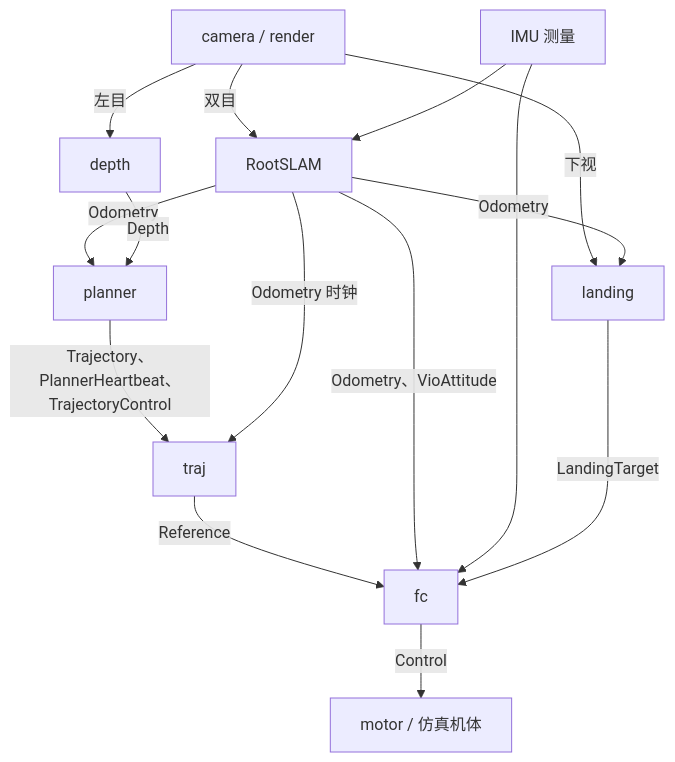
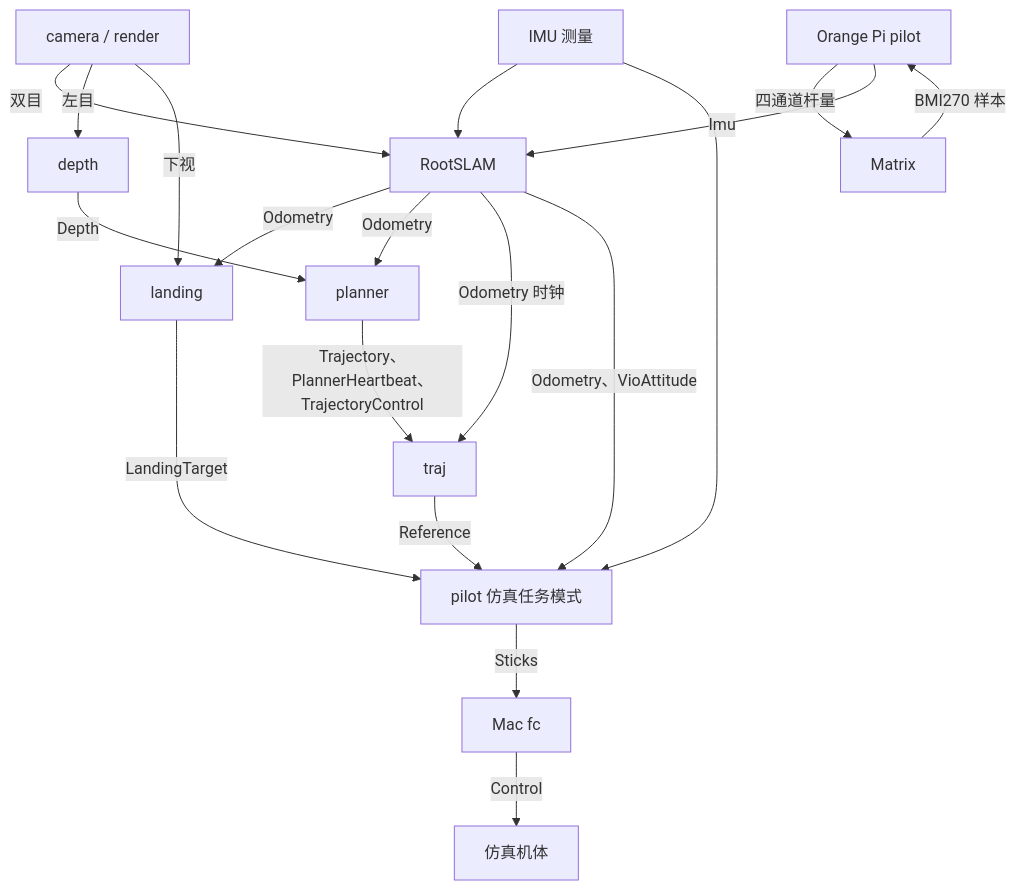
Before and after one commit to 3SE-Competitive-Robotics-Team/firefly: the second of 6 diagrams in docs/architecture.md, drawn with Mermaid. The commit also changed other lines of this file and 49 other files, not shown here.

Commit message:
Move Matrix USB and stick control into pilot

````diff
--- a/docs/architecture.md
+++ b/docs/architecture.md
@@ -36,17 +36,19 @@
 ```mermaid
 flowchart TB
     cam["camera / render"] -->|双目| vio["RootSLAM"]
     imu["IMU 测量"] --> vio
     cam -->|左目| depth["depth"]
     cam -->|下视| landing["landing"]
     vio -->|Odometry| landing
     vio -->|Odometry| planner["planner"]
     depth -->|Depth| planner
     planner -->|Trajectory、PlannerHeartbeat、TrajectoryControl| traj["traj"]
     vio -->|Odometry 时钟| traj
-    traj -->|Reference| fc["fc"]
+    traj -->|Reference| fc["pilot 仿真任务模式"]
     vio -->|Odometry、VioAttitude| fc
     imu --> fc
     landing -->|LandingTarget| fc
-    fc -->|Control| motor["motor / 仿真机体"]
+    fc -->|Sticks| simfc["Mac fc"] -->|Control| motor["仿真机体"]
+    companion["Orange Pi pilot"] -->|四通道杆量| matrix["Matrix"]
+    matrix -->|BMI270 样本| companion -->|Imu| vio
 ```
````
